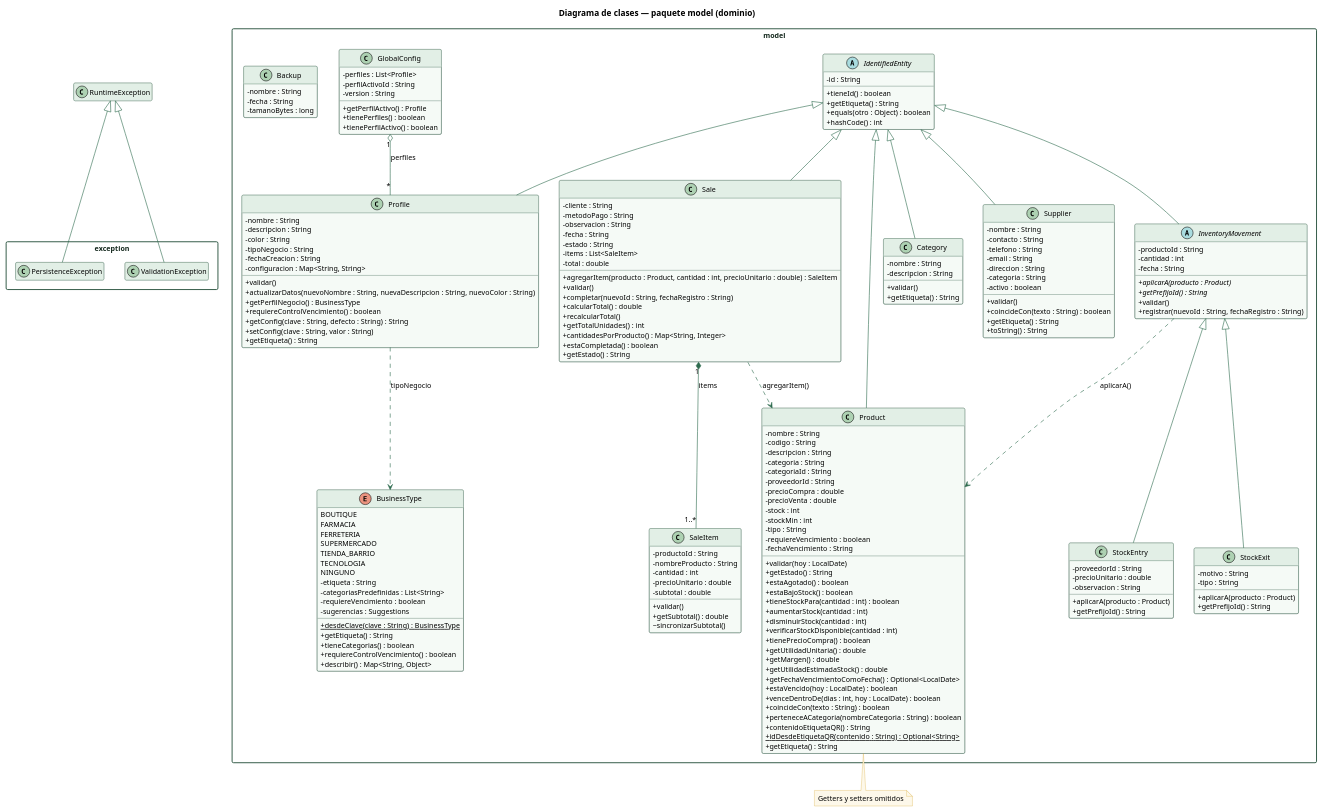
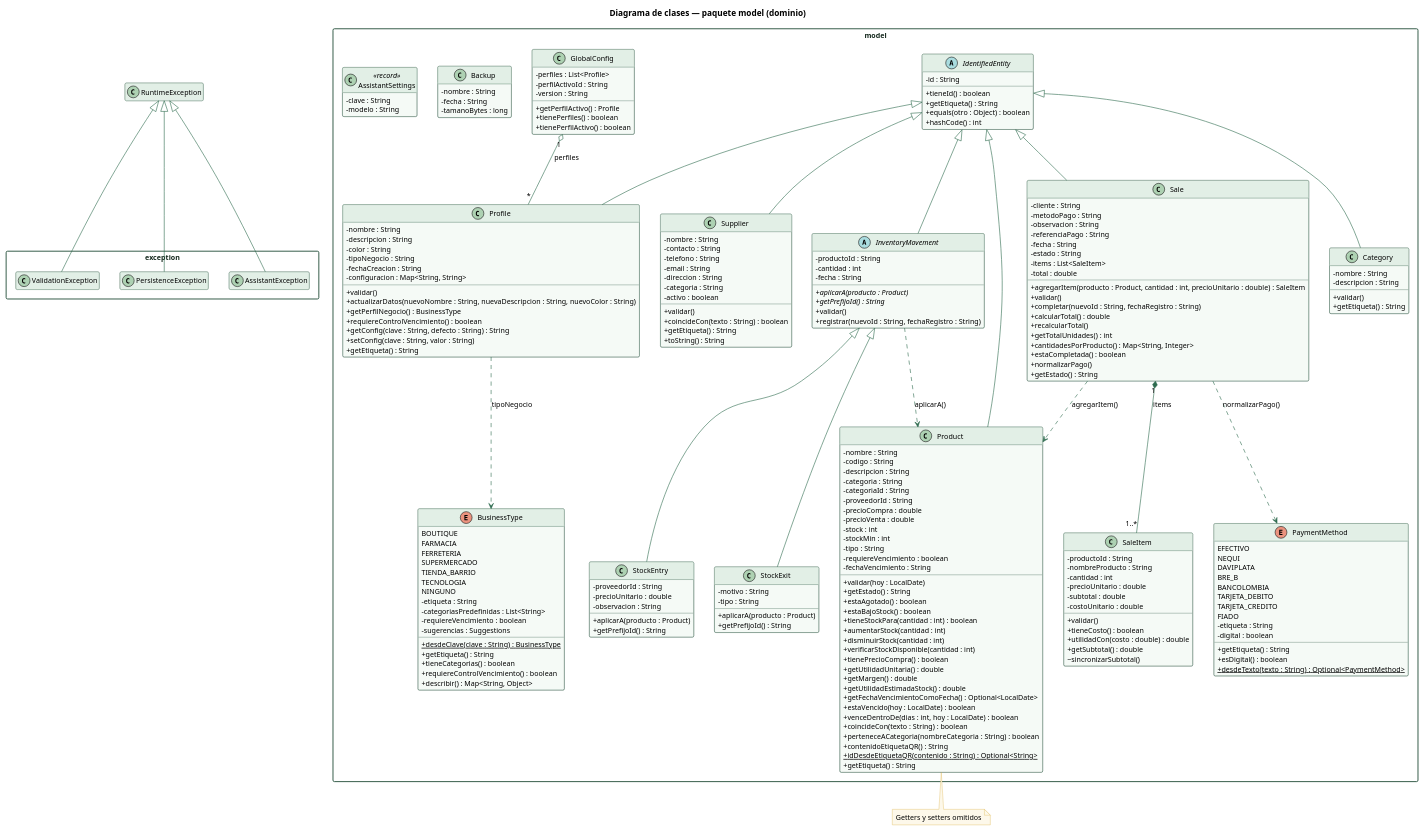
Before and after one commit to erickf-dev/TBalance: the diagram in docs/diagramas/clases-modelo.puml, drawn with PlantUML. The commit also changed 15 other files, not shown here.

First line of the commit message:
docs: update the diagrams for v3.4.0

```diff
--- a/docs/diagramas/clases-modelo.puml
+++ b/docs/diagramas/clases-modelo.puml
@@ -150,6 +150,7 @@
   - cliente : String
   - metodoPago : String
   - observacion : String
+  - referenciaPago : String
   - fecha : String
   - estado : String
   - items : List<SaleItem>
@@ -162,6 +163,7 @@
   + getTotalUnidades() : int
   + cantidadesPorProducto() : Map<String, Integer>
   + estaCompletada() : boolean
+  + normalizarPago()
   + getEstado() : String
 }
 class SaleItem {
@@ -170,20 +172,44 @@
   - cantidad : int
   - precioUnitario : double
   - subtotal : double
+  - costoUnitario : double
   + validar()
+  + tieneCosto() : boolean
+  + utilidadCon(costo : double) : double
   + getSubtotal() : double
   ~ sincronizarSubtotal()
+}
+enum PaymentMethod {
+  EFECTIVO
+  NEQUI
+  DAVIPLATA
+  BRE_B
+  BANCOLOMBIA
+  TARJETA_DEBITO
+  TARJETA_CREDITO
+  FIADO
+  - etiqueta : String
+  - digital : boolean
+  + getEtiqueta() : String
+  + esDigital() : boolean
+  + desdeTexto(texto : String) : Optional<PaymentMethod> {static}
 }
 class Backup {
   - nombre : String
   - fecha : String
   - tamanoBytes : long
 }
+class AssistantSettings <<record>> {
+  - clave : String
+  - modelo : String
+}
 }
 package exception {
 class ValidationException {
 }
 class PersistenceException {
+}
+class AssistantException {
 }
 }
 
@@ -201,8 +227,10 @@
 Profile ..> BusinessType : tipoNegocio
 InventoryMovement ..> Product : aplicarA()
 Sale ..> Product : agregarItem()
+Sale ..> PaymentMethod : normalizarPago()
 RuntimeException <|-- ValidationException
 RuntimeException <|-- PersistenceException
+RuntimeException <|-- AssistantException
 note bottom of Product : Getters y setters omitidos
 
 @enduml
```
